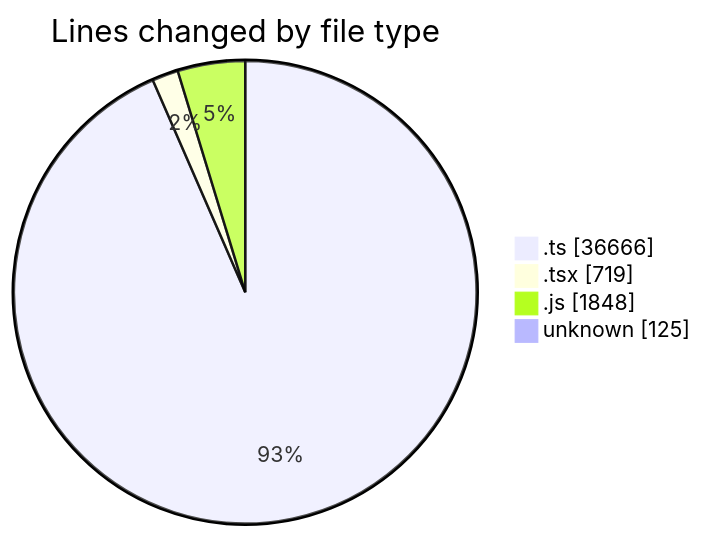
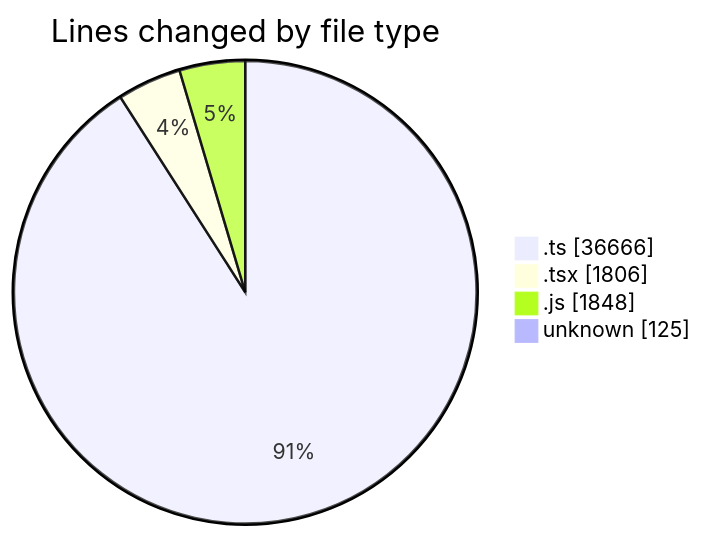
The first of 2 diagrams in 2026-09-18/cda/README.md (momahboobian/code-tracking), drawn with Mermaid before and after one commit. The commit also changed other lines of this file and 1 other file, not shown here.

````diff
--- a/2026-09-18/cda/README.md
+++ b/2026-09-18/cda/README.md
@@ -39,8 +41,8 @@
 ```mermaid
 pie showData
 title Lines changed by file type
 ".ts" : 36666
-".tsx" : 719
+".tsx" : 1806
 ".js" : 1848
 "unknown" : 125
 ```
````
